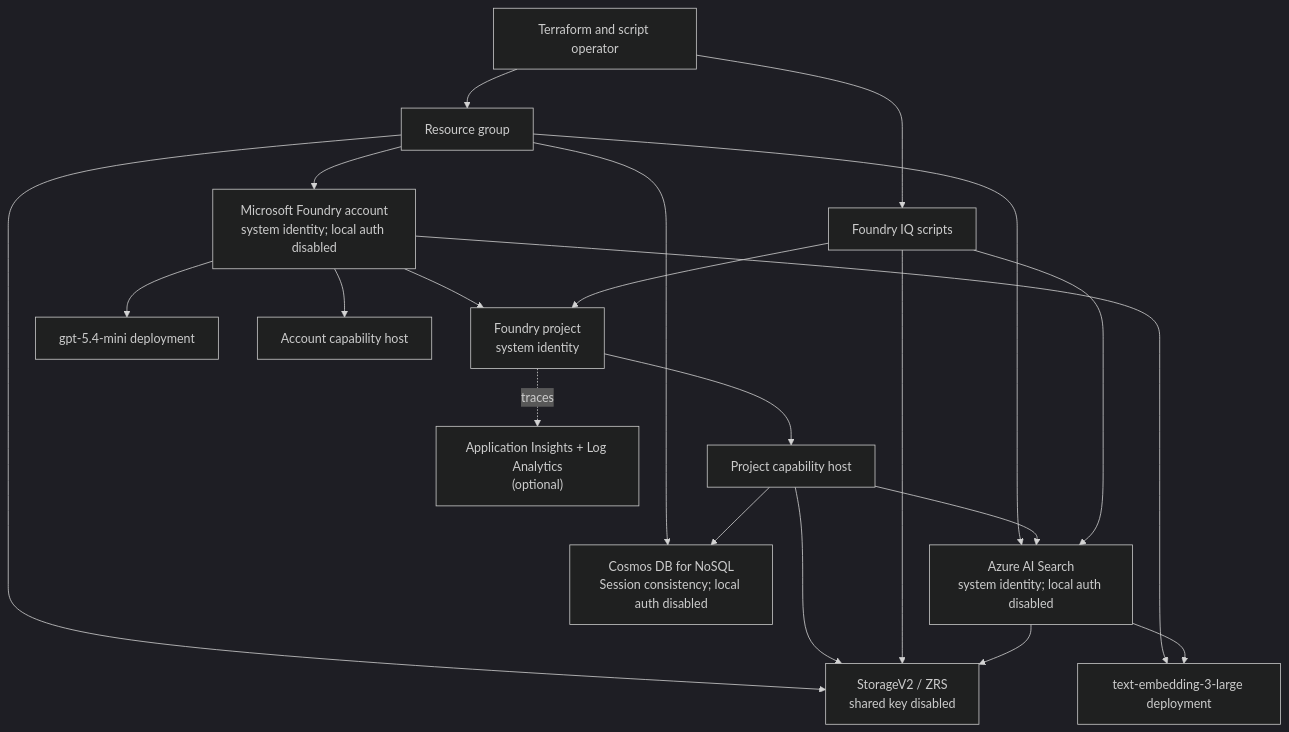
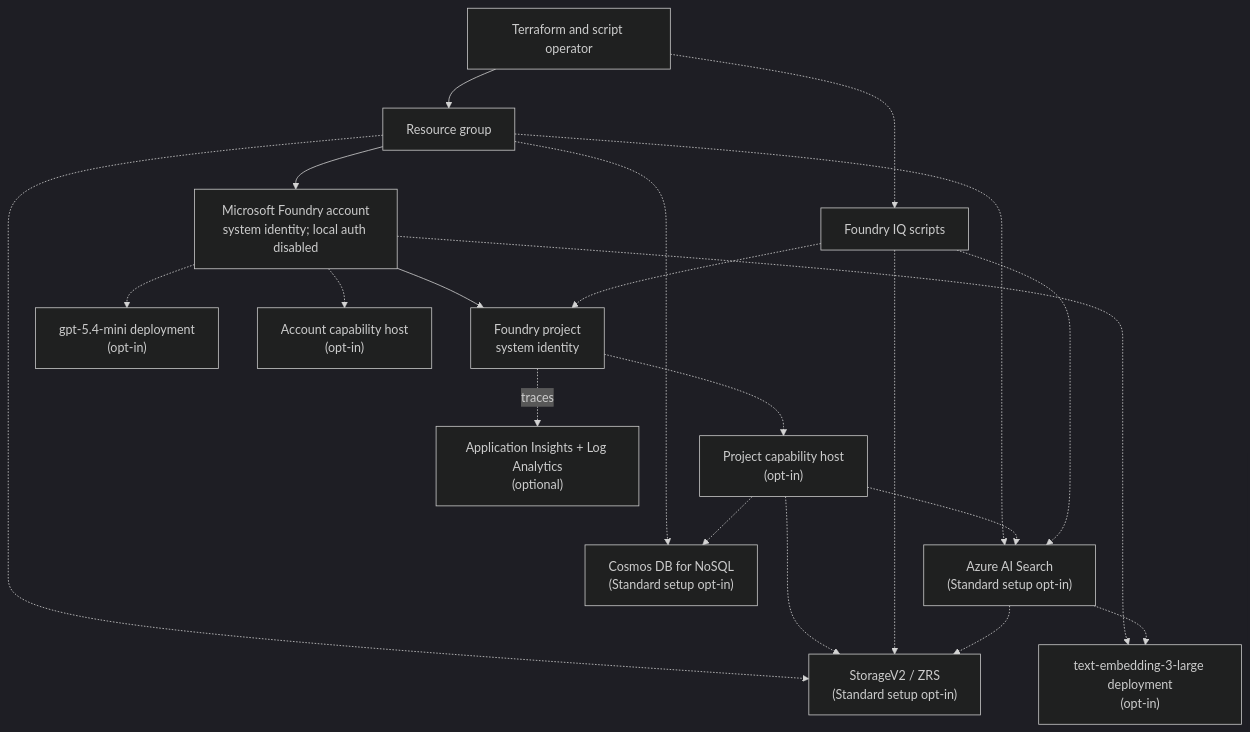
One commit to ks6088ts/template-terraform changed the diagram in infra/scenarios/azure_microsoft_foundry/README.md. Above: the diagram before and after it, drawn with Mermaid (dark theme). The commit also changed other lines of this file and 6 other files, not shown here.

````diff
--- a/infra/scenarios/azure_microsoft_foundry/README.md
+++ b/infra/scenarios/azure_microsoft_foundry/README.md
@@ -114,37 +145,37 @@
 ```mermaid
 flowchart TD
     Operator["Terraform and script operator"]
     RG["Resource group"]
     Account["Microsoft Foundry account<br/>system identity; local auth disabled"]
     Project["Foundry project<br/>system identity"]
-    Chat["gpt-5.4-mini deployment"]
-    Embedding["text-embedding-3-large deployment"]
-    Search["Azure AI Search<br/>system identity; local auth disabled"]
-    Storage["StorageV2 / ZRS<br/>shared key disabled"]
-    Cosmos["Cosmos DB for NoSQL<br/>Session consistency; local auth disabled"]
-    AccountHost["Account capability host"]
-    ProjectHost["Project capability host"]
+    Chat["gpt-5.4-mini deployment<br/>(opt-in)"]
+    Embedding["text-embedding-3-large deployment<br/>(opt-in)"]
+    Search["Azure AI Search<br/>(Standard setup opt-in)"]
+    Storage["StorageV2 / ZRS<br/>(Standard setup opt-in)"]
+    Cosmos["Cosmos DB for NoSQL<br/>(Standard setup opt-in)"]
+    AccountHost["Account capability host<br/>(opt-in)"]
+    ProjectHost["Project capability host<br/>(opt-in)"]
     Insights["Application Insights + Log Analytics<br/>(optional)"]
     Scripts["Foundry IQ scripts"]
 
     Operator --> RG
     RG --> Account
     Account --> Project
-    Account --> Chat
-    Account --> Embedding
-    RG --> Search
-    RG --> Storage
-    RG --> Cosmos
-    Account --> AccountHost
-    Project --> ProjectHost
-    ProjectHost --> Search
-    ProjectHost --> Storage
-    ProjectHost --> Cosmos
-    Operator --> Scripts
-    Scripts --> Storage
-    Scripts --> Search
-    Scripts --> Project
-    Search --> Storage
-    Search --> Embedding
+    Account -.-> Chat
+    Account -.-> Embedding
+    RG -.-> Search
+    RG -.-> Storage
+    RG -.-> Cosmos
+    Account -.-> AccountHost
+    Project -.-> ProjectHost
+    ProjectHost -.-> Search
+    ProjectHost -.-> Storage
+    ProjectHost -.-> Cosmos
+    Operator -.-> Scripts
+    Scripts -.-> Storage
+    Scripts -.-> Search
+    Scripts -.-> Project
+    Search -.-> Storage
+    Search -.-> Embedding
     Project -. "traces" .-> Insights
 ```
````
